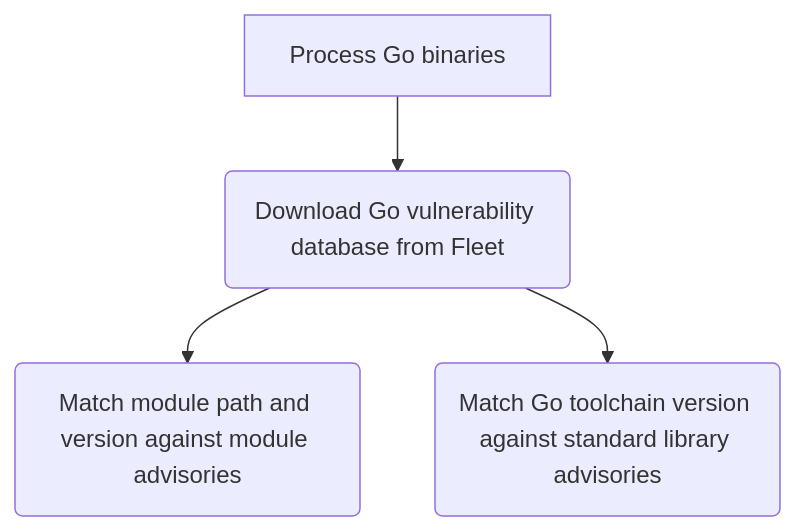
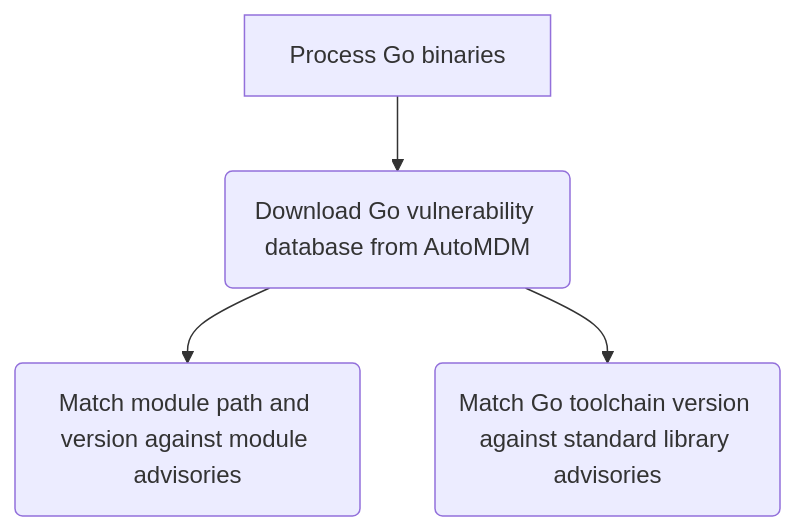
Before and after one commit to anilyagiz/AutoMDM: the seventh of 7 diagrams in docs/Contributing/vulnerability-management/vulnerability-processing.md, drawn with Mermaid. The commit also changed other lines of this file and 7979 other files, not shown here.

First line of the commit message:
Rebrand Fleet as AutoMDM (mechanical pass)

````diff
--- a/docs/Contributing/vulnerability-management/vulnerability-processing.md
+++ b/docs/Contributing/vulnerability-management/vulnerability-processing.md
@@ -272,6 +272,6 @@
   ```mermaid
   graph TD;
-    process[Process Go binaries] --> download(Download Go vulnerability database from Fleet)
+    process[Process Go binaries] --> download(Download Go vulnerability database from AutoMDM)
     download --> modules(Match module path and version against module advisories)
     download --> stdlib(Match Go toolchain version against standard library advisories)
   ```
````
